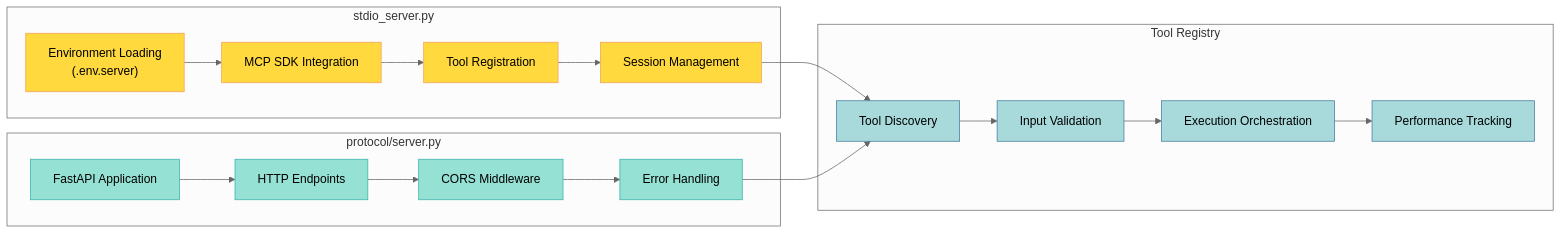
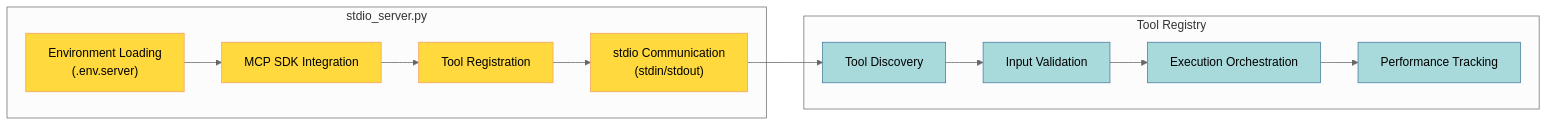
One commit to midasol/sap-mcp-server changed the second of 13 diagrams in sap-mcp-server/ARCHITECTURE.md. Above: the diagram before and after it, drawn with Mermaid (neutral theme). The commit also changed other lines of this file and 29 other files, not shown here.

````diff
--- a/sap-mcp-server/ARCHITECTURE.md
+++ b/sap-mcp-server/ARCHITECTURE.md
@@ -84,50 +77,34 @@
 ```mermaid
 graph LR
     subgraph "stdio_server.py"
         A1["Environment Loading<br/>(.env.server)"]
         A2["MCP SDK Integration"]
         A3["Tool Registration"]
-        A4["Session Management"]
-    end
-
-    subgraph "protocol/server.py"
-        B1["FastAPI Application"]
-        B2["HTTP Endpoints"]
-        B3["CORS Middleware"]
-        B4["Error Handling"]
+        A4["stdio Communication<br/>(stdin/stdout)"]
     end
 
     subgraph "Tool Registry"
-        C1["Tool Discovery"]
-        C2["Input Validation"]
-        C3["Execution Orchestration"]
-        C4["Performance Tracking"]
+        B1["Tool Discovery"]
+        B2["Input Validation"]
+        B3["Execution Orchestration"]
+        B4["Performance Tracking"]
     end
 
     A1 --> A2
     A2 --> A3
     A3 --> A4
 
+    A4 --> B1
     B1 --> B2
     B2 --> B3
     B3 --> B4
-
-    A4 --> C1
-    B4 --> C1
-    C1 --> C2
-    C2 --> C3
-    C3 --> C4
 
     style A1 fill:#FFD93D,stroke:#F4A261,color:#000
     style A2 fill:#FFD93D,stroke:#F4A261,color:#000
     style A3 fill:#FFD93D,stroke:#F4A261,color:#000
     style A4 fill:#FFD93D,stroke:#F4A261,color:#000
-    style B1 fill:#95E1D3,stroke:#38B2AC,color:#000
-    style B2 fill:#95E1D3,stroke:#38B2AC,color:#000
-    style B3 fill:#95E1D3,stroke:#38B2AC,color:#000
-    style B4 fill:#95E1D3,stroke:#38B2AC,color:#000
-    style C1 fill:#A8DADC,stroke:#457B9D,color:#000
-    style C2 fill:#A8DADC,stroke:#457B9D,color:#000
-    style C3 fill:#A8DADC,stroke:#457B9D,color:#000
-    style C4 fill:#A8DADC,stroke:#457B9D,color:#000
+    style B1 fill:#A8DADC,stroke:#457B9D,color:#000
+    style B2 fill:#A8DADC,stroke:#457B9D,color:#000
+    style B3 fill:#A8DADC,stroke:#457B9D,color:#000
+    style B4 fill:#A8DADC,stroke:#457B9D,color:#000
 ```
````
